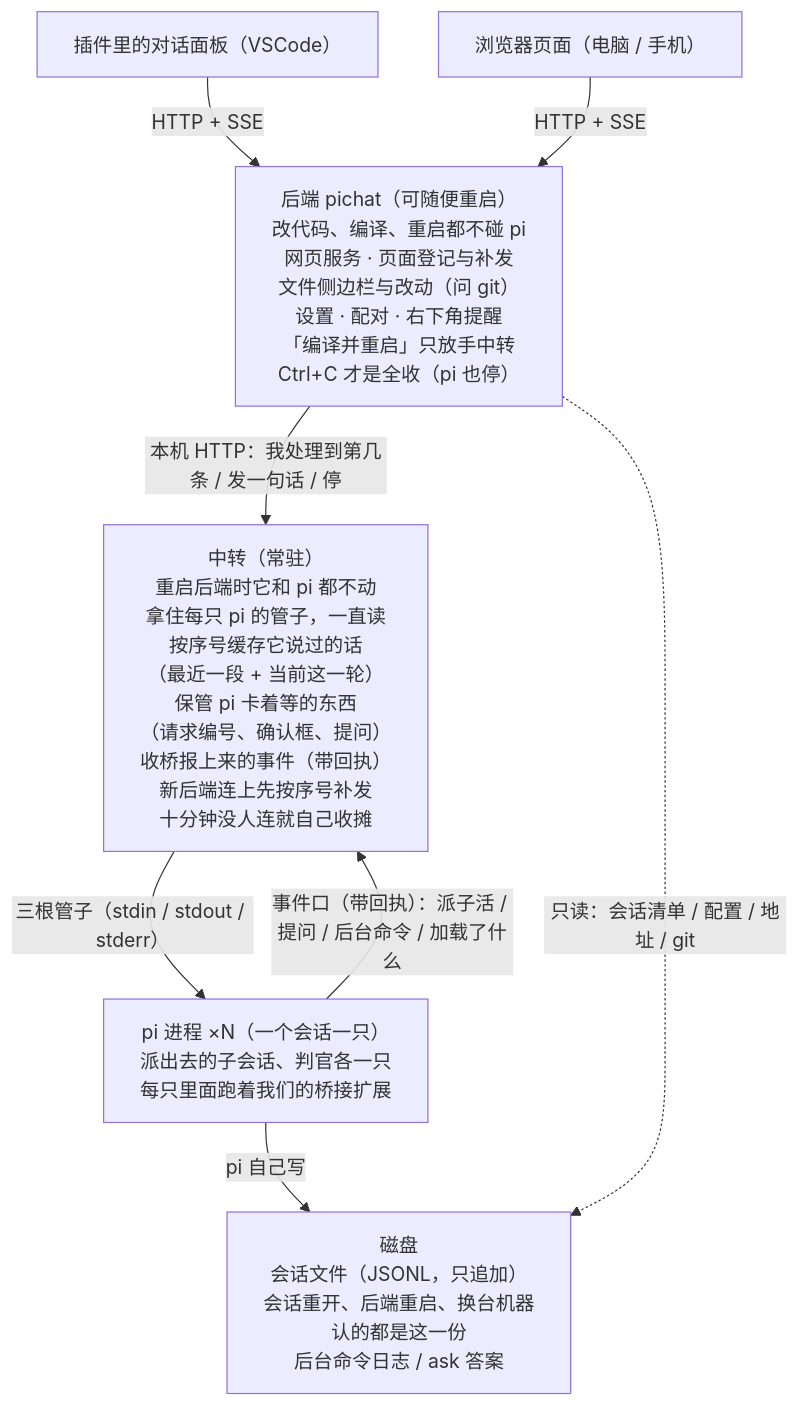
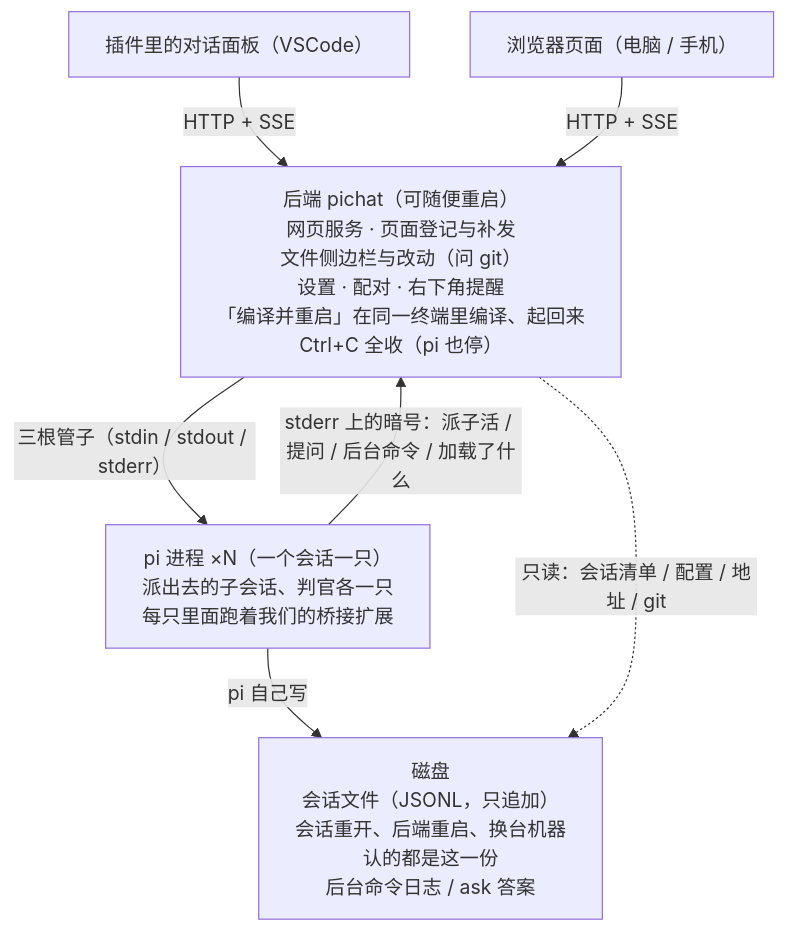
Before and after one commit to kexul/picode: the diagram in README.md, drawn with Mermaid. The commit also changed other lines of this file, not shown here.

Commit message:
退回中转之前的样子（bb32688）：pi 归后端自己起，「编译并重启」照旧由终端里那一层在同一个窗口里重编译、起回来。
中转那一套（relayMain / relayClient / 认回会话 / 桥走事件口）整段撤掉，代码回到 11-07 09:51 那一笔；
README 的架构图跟着去掉中转那一层，改成「后端 → pi」直连、桥走 stderr 暗号，并写明 pi 归后端、重启时跟着重开。
撤掉的那一套留在分支 relay-试过 上，一点没丢。

````diff
--- a/README.md
+++ b/README.md
@@ -5,22 +5,19 @@
 ```mermaid
 %%{init: {"flowchart": {"wrappingWidth": 420}}}%%
 flowchart TD
     Panel["插件里的对话面板（VSCode）"]
     Page["浏览器页面（电脑 / 手机）"]
 
-    Backend["后端 pichat（可随便重启）<br/>改代码、编译、重启都不碰 pi<br/>网页服务 · 页面登记与补发<br/>文件侧边栏与改动（问 git）<br/>设置 · 配对 · 右下角提醒<br/>「编译并重启」只放手中转<br/>Ctrl+C 才是全收（pi 也停）"]
-
-    Relay["中转（常驻）<br/>重启后端时它和 pi 都不动<br/>拿住每只 pi 的管子，一直读<br/>按序号缓存它说过的话<br/>（最近一段 + 当前这一轮）<br/>保管 pi 卡着等的东西<br/>（请求编号、确认框、提问）<br/>收桥报上来的事件（带回执）<br/>新后端连上先按序号补发<br/>十分钟没人连就自己收摊"]
+    Backend["后端 pichat（可随便重启）<br/>网页服务 · 页面登记与补发<br/>文件侧边栏与改动（问 git）<br/>设置 · 配对 · 右下角提醒<br/>「编译并重启」在同一终端里编译、起回来<br/>Ctrl+C 全收（pi 也停）"]
 
     Pi["pi 进程 ×N（一个会话一只）<br/>派出去的子会话、判官各一只<br/>每只里面跑着我们的桥接扩展"]
 
     Disk["磁盘<br/>会话文件（JSONL，只追加）<br/>会话重开、后端重启、换台机器<br/>认的都是这一份<br/>后台命令日志 / ask 答案"]
 
     Panel -->|"HTTP + SSE"| Backend
     Page -->|"HTTP + SSE"| Backend
-    Backend -->|"本机 HTTP：我处理到第几条 / 发一句话 / 停"| Relay
-    Relay -->|"三根管子（stdin / stdout / stderr）"| Pi
-    Pi -->|"事件口（带回执）：派子活 / 提问 / 后台命令 / 加载了什么"| Relay
+    Backend -->|"三根管子（stdin / stdout / stderr）"| Pi
+    Pi -->|"stderr 上的暗号：派子活 / 提问 / 后台命令 / 加载了什么"| Backend
     Pi -->|"pi 自己写"| Disk
     Backend -.->|"只读：会话清单 / 配置 / 地址 / git"| Disk
 ```
````
